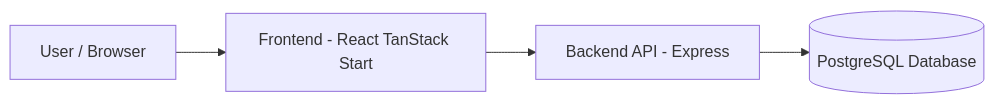
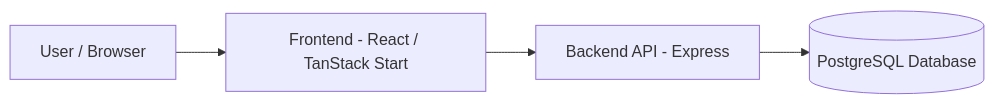
Before and after one commit to VanSyx/DevOps_BookingSystem: the first of 3 diagrams in README.md, drawn with Mermaid. The commit also changed other lines of this file, not shown here.

````diff
--- a/README.md
+++ b/README.md
@@ -8,6 +26,6 @@
 ```mermaid
 flowchart LR
-    User[User / Browser] --> FE[Frontend - React TanStack Start]
-    FE --> API[Backend API - Express]
-    API --> DB[(PostgreSQL Database)]
+    User["User / Browser"] --> FE["Frontend - React / TanStack Start"]
+    FE --> API["Backend API - Express"]
+    API --> DB[("PostgreSQL Database")]
 ```
````
